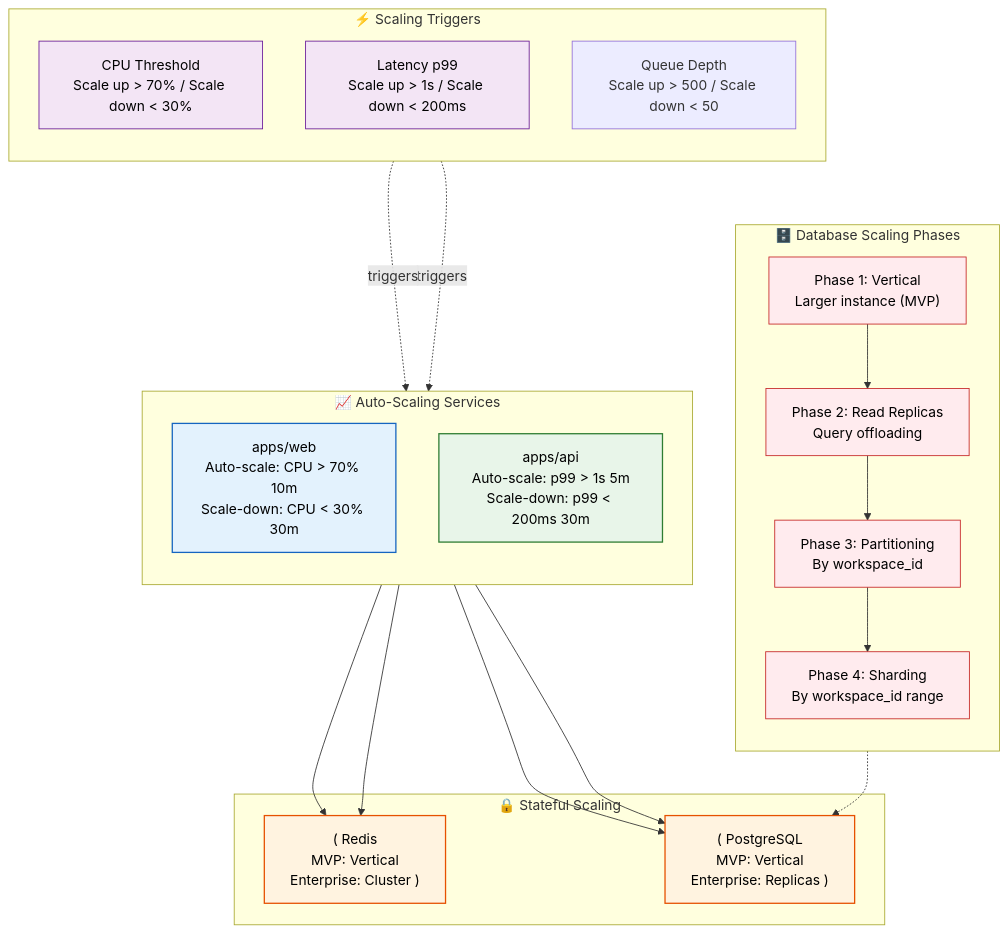
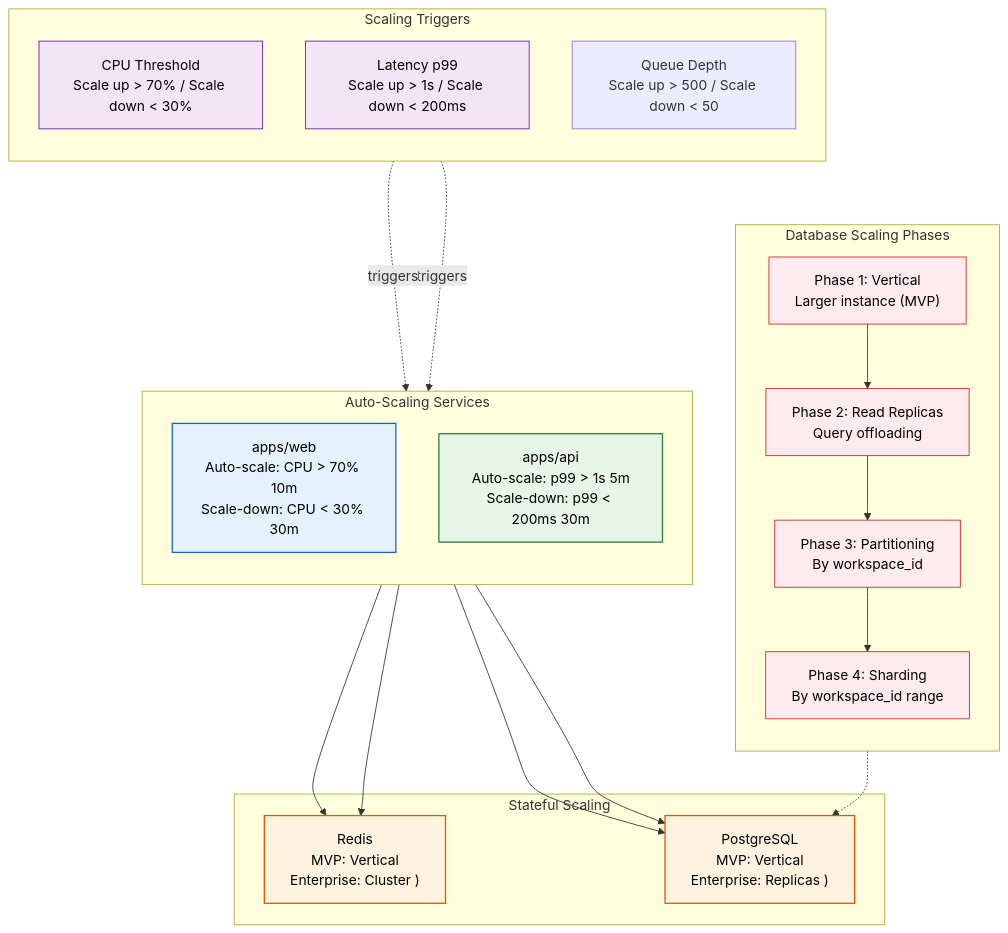
Before and after one commit to Driftloom/Vaeloom: the diagram in docs/architecture/Scalability.md, drawn with Mermaid. The commit also changed other lines of this file and 694 other files, not shown here.

First line of the commit message:
docs: mermaid standardization — encoding/mermaid/duplicate cleanup

````diff
--- a/docs/architecture/Scalability.md
+++ b/docs/architecture/Scalability.md
@@ -9,51 +9,51 @@
 ```mermaid
 graph TD
-    classDef front fill:#e3f2fd,stroke:#1565c0,color:#000,stroke-width:1.5px
-    classDef svc fill:#e8f5e9,stroke:#2e7d32,color:#000,stroke-width:1.5px
-    classDef db fill:#fff3e0,stroke:#e65100,color:#000,stroke-width:1.5px
-    classDef trigger fill:#f3e5f5,stroke:#6a1b9a,color:#000,stroke-width:1px
-    classDef phase fill:#ffebee,stroke:#c62828,color:#000,stroke-width:1px
+ classDef front fill:#e3f2fd,stroke:#1565c0,color:#000,stroke-width:1.5px
+ classDef svc fill:#e8f5e9,stroke:#2e7d32,color:#000,stroke-width:1.5px
+ classDef db fill:#fff3e0,stroke:#e65100,color:#000,stroke-width:1.5px
+ classDef trigger fill:#f3e5f5,stroke:#6a1b9a,color:#000,stroke-width:1px
+ classDef phase fill:#ffebee,stroke:#c62828,color:#000,stroke-width:1px
 
-    subgraph AutoScaling["📈 Auto-Scaling Services"]
-        direction TB
-        WEB["apps/web<br/>Auto-scale: CPU > 70% 10m<br/>Scale-down: CPU < 30% 30m"]
-        API["apps/api<br/>Auto-scale: p99 > 1s 5m<br/>Scale-down: p99 < 200ms 30m"]
-    end
+ subgraph AutoScaling["Auto-Scaling Services"]
+ direction TB
+ WEB["apps/web<br/>Auto-scale: CPU > 70% 10m<br/>Scale-down: CPU < 30% 30m"]
+ API["apps/api<br/>Auto-scale: p99 > 1s 5m<br/>Scale-down: p99 < 200ms 30m"]
+ end
 
-    subgraph Triggers["⚡ Scaling Triggers"]
-        direction TB
-        T1["CPU Threshold<br/>Scale up > 70% / Scale down < 30%"]
-        T2["Latency p99<br/>Scale up > 1s / Scale down < 200ms"]
-        T3["Queue Depth<br/>Scale up > 500 / Scale down < 50"]
-    end
+ subgraph Triggers["Scaling Triggers"]
+ direction TB
+ T1["CPU Threshold<br/>Scale up > 70% / Scale down < 30%"]
+ T2["Latency p99<br/>Scale up > 1s / Scale down < 200ms"]
+ T3["Queue Depth<br/>Scale up > 500 / Scale down < 50"]
+ end
 
-    subgraph Database_Scale["🗄️ Database Scaling Phases"]
-        direction TB
-        P1["Phase 1: Vertical<br/>Larger instance (MVP)"]
-        P2["Phase 2: Read Replicas<br/>Query offloading"]
-        P3["Phase 3: Partitioning<br/>By workspace_id"]
-        P4["Phase 4: Sharding<br/>By workspace_id range"]
-    end
+ subgraph Database_Scale["Database Scaling Phases"]
+ direction TB
+ P1["Phase 1: Vertical<br/>Larger instance (MVP)"]
+ P2["Phase 2: Read Replicas<br/>Query offloading"]
+ P3["Phase 3: Partitioning<br/>By workspace_id"]
+ P4["Phase 4: Sharding<br/>By workspace_id range"]
+ end
 
-    subgraph Stateful["🔒 Stateful Scaling"]
-        REDIS["( Redis<br/>MVP: Vertical<br/>Enterprise: Cluster )"]
-        PG["( PostgreSQL<br/>MVP: Vertical<br/>Enterprise: Replicas )"]
-    end
+ subgraph Stateful["Stateful Scaling"]
+ REDIS["Redis<br/>MVP: Vertical<br/>Enterprise: Cluster )"]
+ PG["PostgreSQL<br/>MVP: Vertical<br/>Enterprise: Replicas )"]
+ end
 
-    T1 -.->|triggers| WEB
-    T2 -.->|triggers| API
-    WEB --> PG
-    WEB --> REDIS
-    API --> PG
-    API --> REDIS
+ T1 -.->|triggers| WEB
+ T2 -.->|triggers| API
+ WEB--> PG
+ WEB--> REDIS
+ API--> PG
+ API--> REDIS
 
-    P1 --> P2 --> P3 --> P4
-    P4 -.-> PG
+ P1--> P2--> P3--> P4
+ P4 -.-> PG
 
-    class WEB front
-    class API svc
-    class PG,REDIS db
-    class T1,T2 trigger
-    class P1,P2,P3,P4 phase
+ class WEB front
+ class API svc
+ class PG,REDIS db
+ class T1,T2 trigger
+ class P1,P2,P3,P4 phase
 
 ```
````
